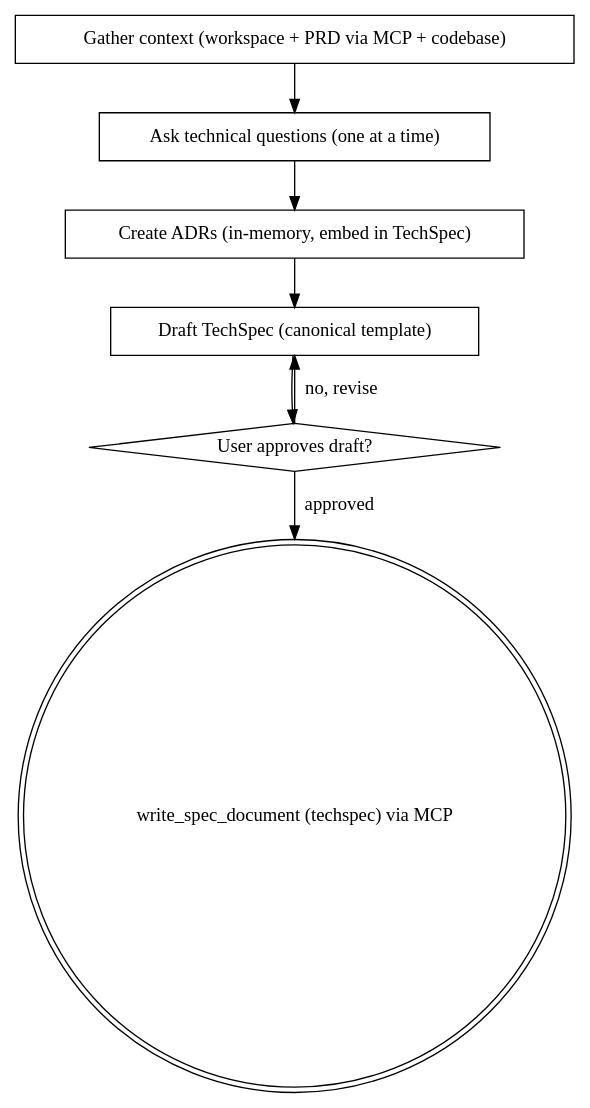
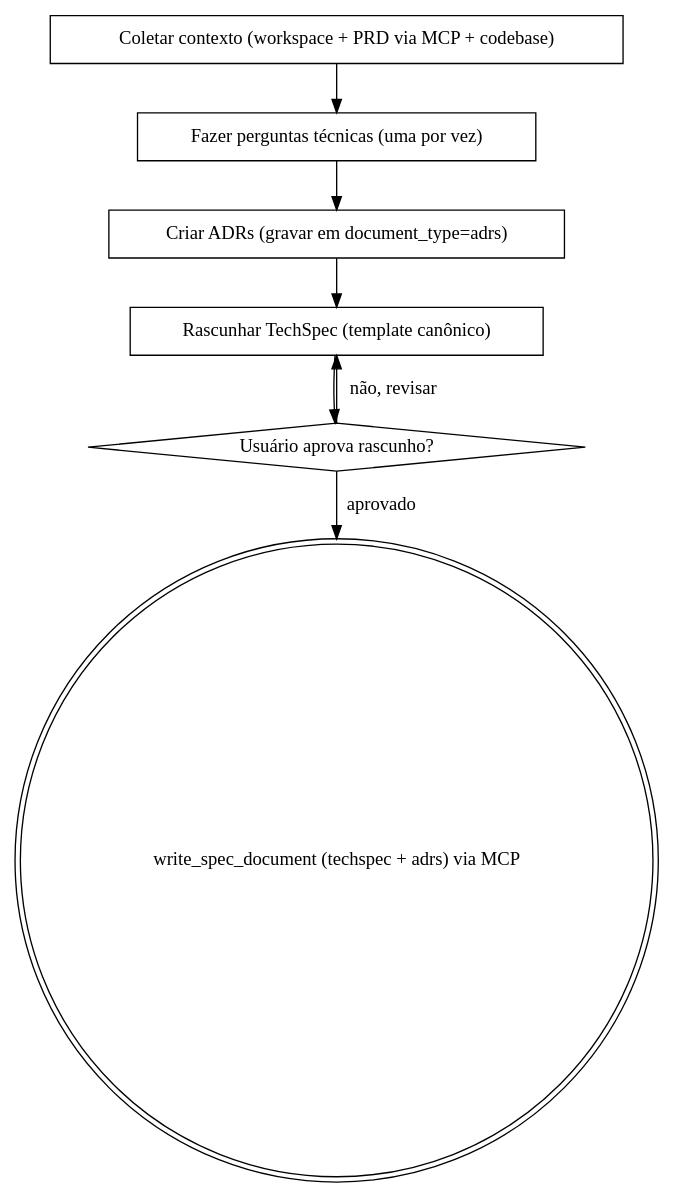
The diagram in skills/cy-create-techspec/SKILL.md (JoaoCarlosPereira/mem0-shared), drawn with Graphviz before and after one commit. The commit also changed other lines of this file and 41 other files, not shown here.

````diff
--- a/skills/cy-create-techspec/SKILL.md
+++ b/skills/cy-create-techspec/SKILL.md
@@ -114,17 +127,17 @@
 ```dot
 digraph create_techspec {
-    "Gather context (workspace + PRD via MCP + codebase)" [shape=box];
-    "Ask technical questions (one at a time)" [shape=box];
-    "Create ADRs (in-memory, embed in TechSpec)" [shape=box];
-    "Draft TechSpec (canonical template)" [shape=box];
-    "User approves draft?" [shape=diamond];
-    "write_spec_document (techspec) via MCP" [shape=doublecircle];
+    "Coletar contexto (workspace + PRD via MCP + codebase)" [shape=box];
+    "Fazer perguntas técnicas (uma por vez)" [shape=box];
+    "Criar ADRs (gravar em document_type=adrs)" [shape=box];
+    "Rascunhar TechSpec (template canônico)" [shape=box];
+    "Usuário aprova rascunho?" [shape=diamond];
+    "write_spec_document (techspec + adrs) via MCP" [shape=doublecircle];
 
-    "Gather context (workspace + PRD via MCP + codebase)" -> "Ask technical questions (one at a time)";
-    "Ask technical questions (one at a time)" -> "Create ADRs (in-memory, embed in TechSpec)";
-    "Create ADRs (in-memory, embed in TechSpec)" -> "Draft TechSpec (canonical template)";
-    "Draft TechSpec (canonical template)" -> "User approves draft?";
-    "User approves draft?" -> "Draft TechSpec (canonical template)" [label="no, revise"];
-    "User approves draft?" -> "write_spec_document (techspec) via MCP" [label="approved"];
+    "Coletar contexto (workspace + PRD via MCP + codebase)" -> "Fazer perguntas técnicas (uma por vez)";
+    "Fazer perguntas técnicas (uma por vez)" -> "Criar ADRs (gravar em document_type=adrs)";
+    "Criar ADRs (gravar em document_type=adrs)" -> "Rascunhar TechSpec (template canônico)";
+    "Rascunhar TechSpec (template canônico)" -> "Usuário aprova rascunho?";
+    "Usuário aprova rascunho?" -> "Rascunhar TechSpec (template canônico)" [label="não, revisar"];
+    "Usuário aprova rascunho?" -> "write_spec_document (techspec + adrs) via MCP" [label="aprovado"];
 }
 ```
````
